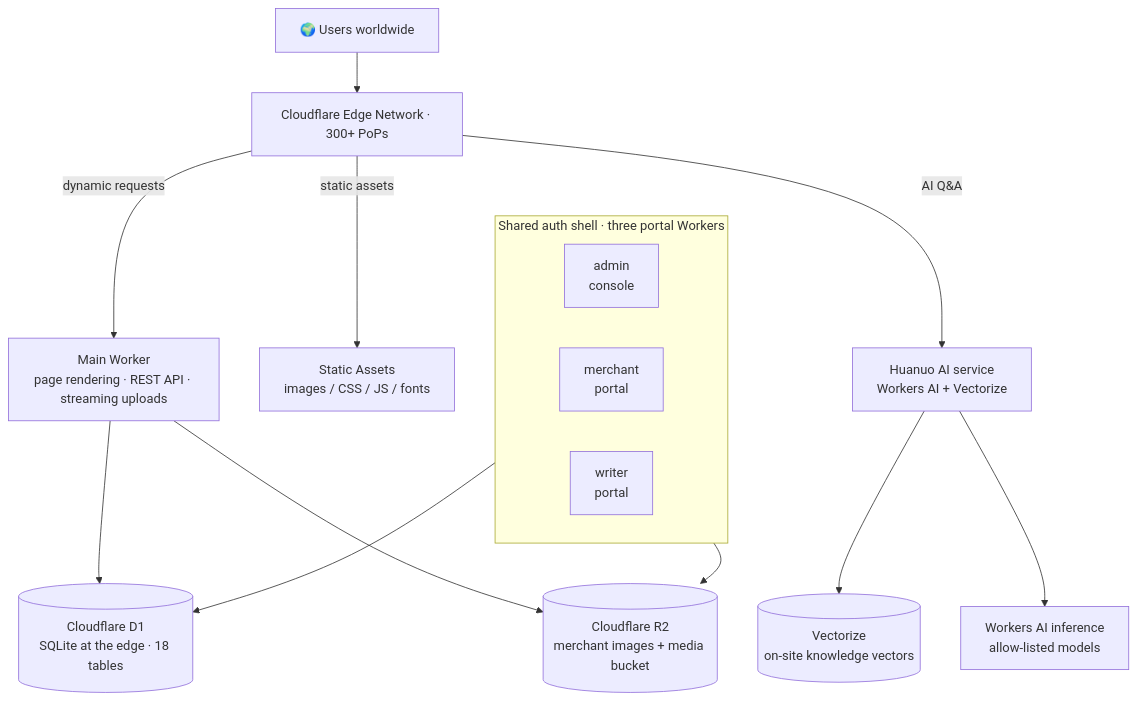
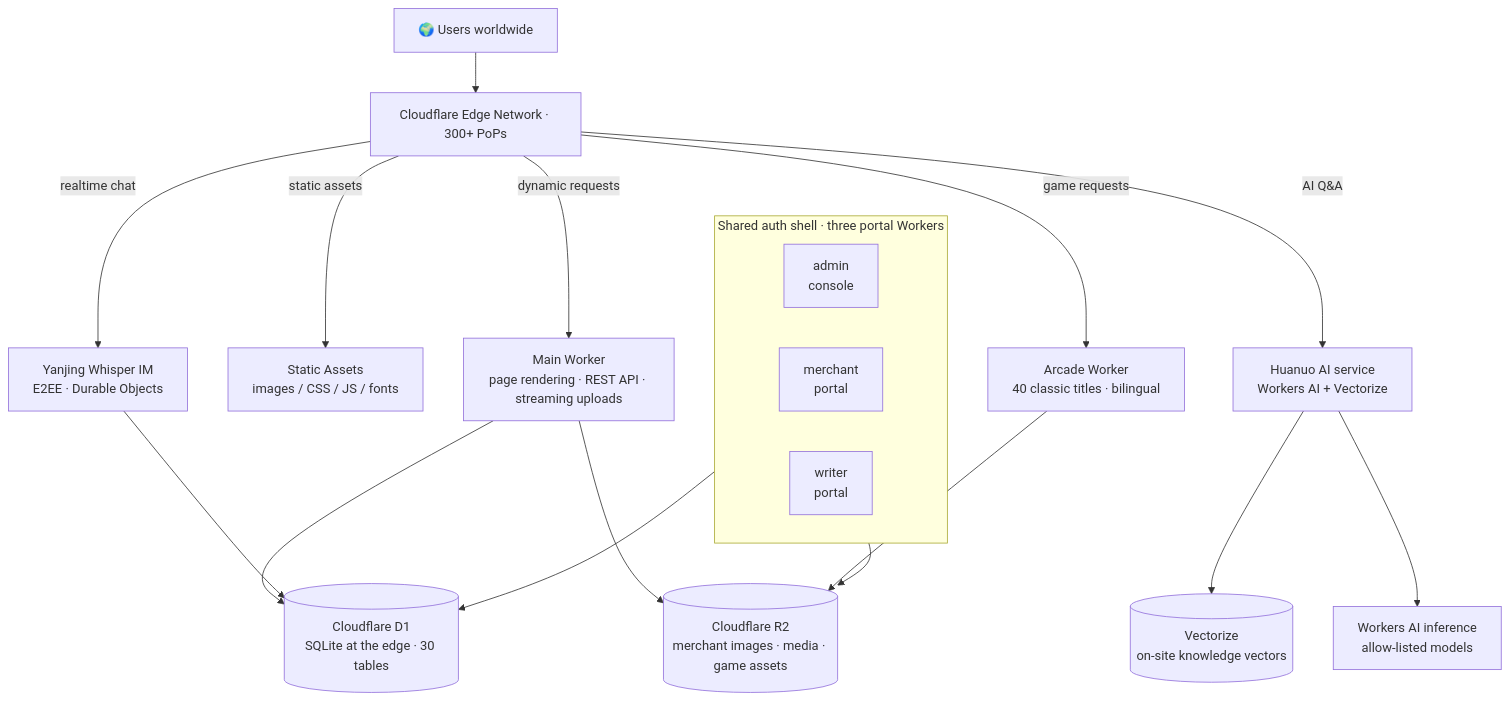
The diagram in README.en.md (nathanpenny520/whizzzest.com), drawn with Mermaid before and after one commit. The commit also changed other lines of this file and 2 other files, not shown here.

````diff
--- a/README.en.md
+++ b/README.en.md
@@ -119,24 +128,28 @@
 ```mermaid
 flowchart TB
     U["🌍 Users worldwide"] --> EDGE["Cloudflare Edge Network · 300+ PoPs"]
 
     EDGE -->|"static assets"| ASSETS["Static Assets<br/>images / CSS / JS / fonts"]
     EDGE -->|"dynamic requests"| MAIN["Main Worker<br/>page rendering · REST API · streaming uploads"]
     EDGE -->|"AI Q&A"| AIW["Huanuo AI service<br/>Workers AI + Vectorize"]
+    EDGE -->|"realtime chat"| IM["Yanjing Whisper IM<br/>E2EE · Durable Objects"]
+    EDGE -->|"game requests"| GAME["Arcade Worker<br/>40 classic titles · bilingual"]
 
-    MAIN --> D1[("Cloudflare D1<br/>SQLite at the edge · 18 tables")]
-    MAIN --> R2[("Cloudflare R2<br/>merchant images + media bucket")]
+    MAIN --> D1[("Cloudflare D1<br/>SQLite at the edge · 30 tables")]
+    MAIN --> R2[("Cloudflare R2<br/>merchant images · media · game assets")]
 
     subgraph PORTALS["Shared auth shell · three portal Workers"]
         direction LR
         ADMIN["admin<br/>console"]
         MER["merchant<br/>portal"]
         WRI["writer<br/>portal"]
     end
 
     AIW --> VEC[("Vectorize<br/>on-site knowledge vectors")]
     AIW --> MODELS["Workers AI inference<br/>allow-listed models"]
 
     PORTALS --> D1
     MER --> R2
+    IM --> D1
+    GAME --> R2
 ```
````
